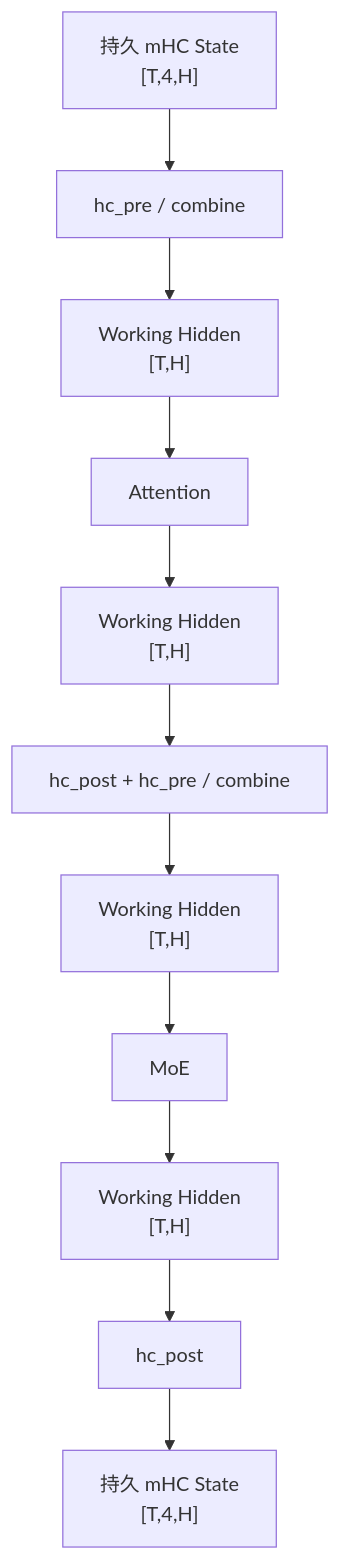
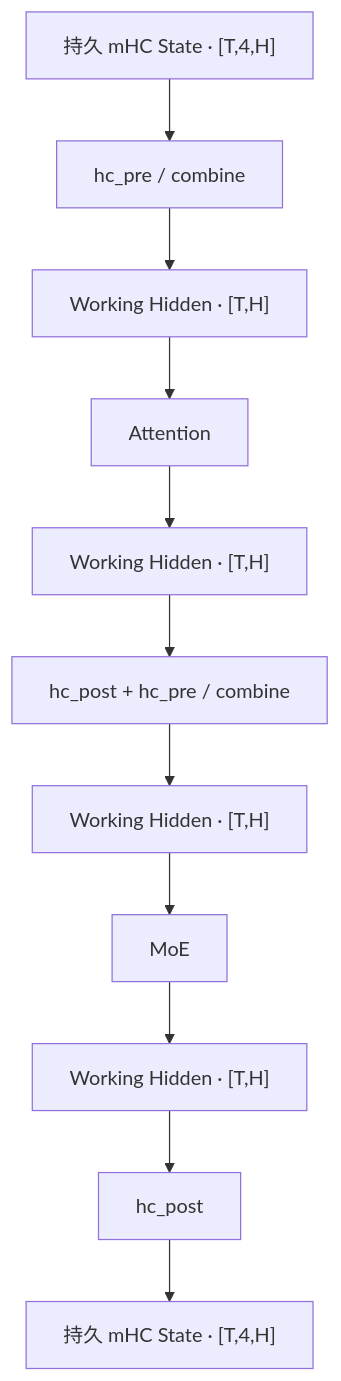
The third of 7 diagrams in docs/fundamentals/sglang-decode-source-reading-primer.md (AkiYangDev/llm-inference-notes), drawn with Mermaid before and after one commit. The commit also changed other lines of this file and 44 other files, not shown here.

```diff
--- a/docs/fundamentals/sglang-decode-source-reading-primer.md
+++ b/docs/fundamentals/sglang-decode-source-reading-primer.md
@@ -297,16 +237,16 @@
 ~~~mermaid
 flowchart TD
-    P["持久 mHC State<br/>[T,4,H]"]
+    P["持久 mHC State · [T,4,H]"]
     PRE["hc_pre / combine"]
-    W1["Working Hidden<br/>[T,H]"]
+    W1["Working Hidden · [T,H]"]
     ATT["Attention"]
-    W2["Working Hidden<br/>[T,H]"]
+    W2["Working Hidden · [T,H]"]
     MID["hc_post + hc_pre / combine"]
-    W3["Working Hidden<br/>[T,H]"]
+    W3["Working Hidden · [T,H]"]
     MOE["MoE"]
-    W4["Working Hidden<br/>[T,H]"]
+    W4["Working Hidden · [T,H]"]
     POST["hc_post"]
-    P2["持久 mHC State<br/>[T,4,H]"]
+    P2["持久 mHC State · [T,4,H]"]
 
     P --> PRE --> W1 --> ATT --> W2 --> MID --> W3 --> MOE --> W4 --> POST --> P2
 ~~~
```
